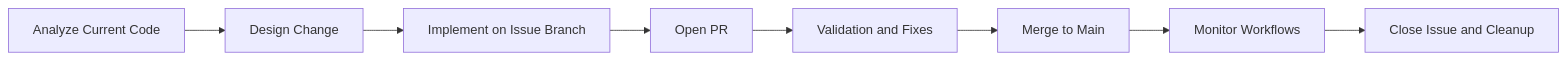
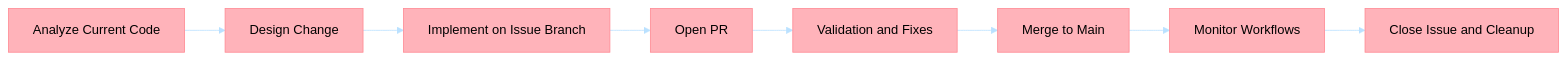
One commit to Azure-Samples/holiday-peak-hub changed the diagram in .github/prompts/issue-engineering-with-process.prompt.md. Above: the diagram before and after it, drawn with Mermaid. The commit also changed other lines of this file and 11 other files, not shown here.

````diff
--- a/.github/prompts/issue-engineering-with-process.prompt.md
+++ b/.github/prompts/issue-engineering-with-process.prompt.md
@@ -34,10 +38,18 @@
      ```mermaid
+       %%{init: {'theme':'base', 'themeVariables': {
+          'primaryColor':'#FFB3BA',
+          'primaryTextColor':'#000',
+          'primaryBorderColor':'#FF8B94',
+          'lineColor':'#BAE1FF',
+          'secondaryColor':'#BAE1FF',
+          'tertiaryColor':'#FFFFFF'
+       }}}%%
      flowchart LR
        A[Analyze Current Code] --> B[Design Change]
        B --> C[Implement on Issue Branch]
        C --> D[Open PR]
        D --> E[Validation and Fixes]
        E --> F[Merge to Main]
        F --> G[Monitor Workflows]
        G --> H[Close Issue and Cleanup]
      ```
````
